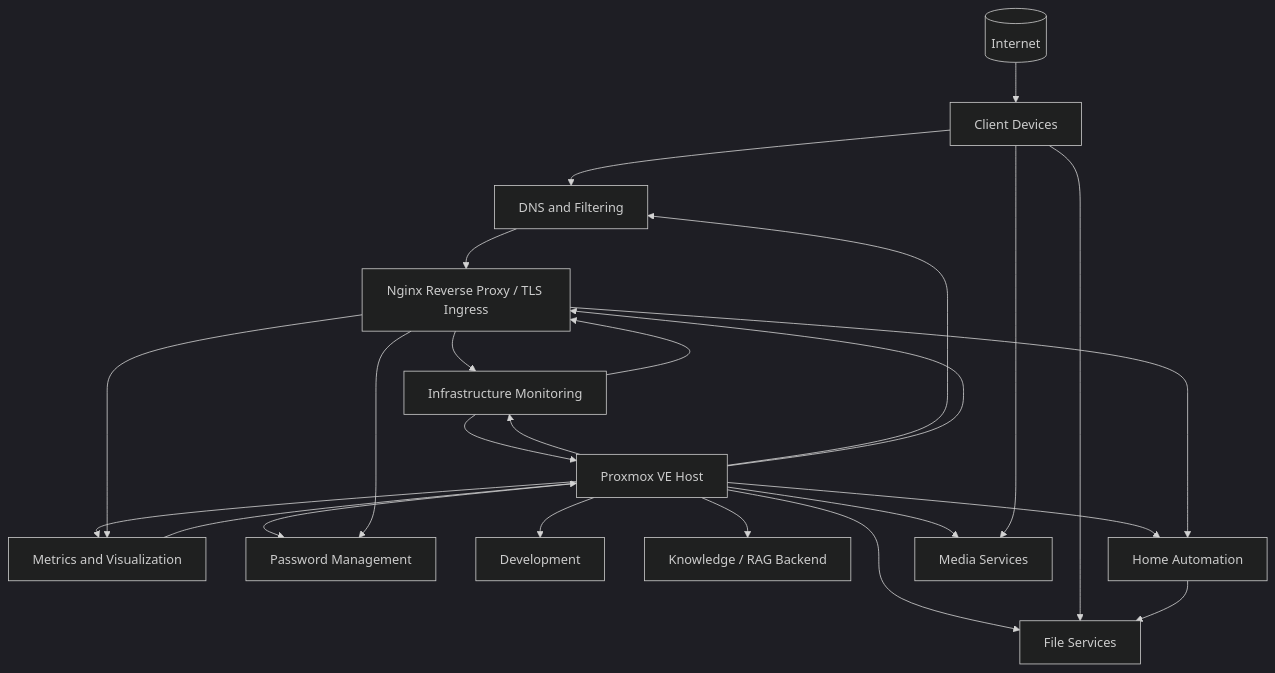
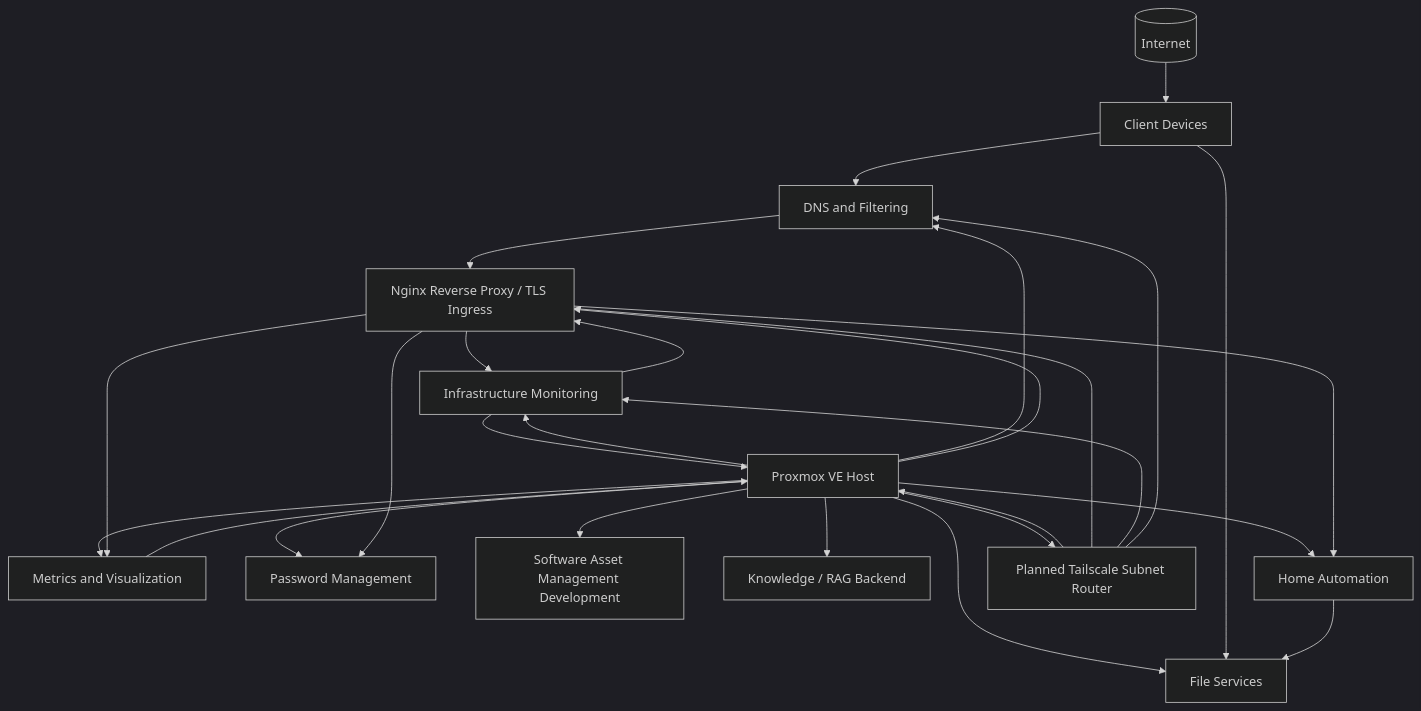
The diagram in README.md (myles-portfolio/homelab-infrastructure), drawn with Mermaid (dark theme) before and after one commit. The commit also changed other lines of this file, not shown here.

Commit message:
Refresh homelab overview and roadmap

````diff
--- a/README.md
+++ b/README.md
@@ -49,44 +49,48 @@
 ```mermaid
 flowchart TB
     Internet[(Internet)]
     Clients[Client Devices]
     Proxmox[Proxmox VE Host]
 
     FileServices[File Services]
     Metrics[Metrics and Visualization]
     Checkmk[Infrastructure Monitoring]
     Passwords[Password Management]
     DNS[DNS and Filtering]
     Proxy[Nginx Reverse Proxy / TLS Ingress]
-    Development[Development]
+    Development[Software Asset Management Development]
     Knowledge[Knowledge / RAG Backend]
     HomeAutomation[Home Automation]
-    Media[Media Services]
+    RemoteAccess[Planned Tailscale Subnet Router]
 
     Internet --> Clients
 
     Proxmox --> FileServices
     Proxmox --> Metrics
     Proxmox --> Checkmk
     Proxmox --> Passwords
     Proxmox --> DNS
     Proxmox --> Proxy
     Proxmox --> Development
     Proxmox --> Knowledge
     Proxmox --> HomeAutomation
-    Proxmox --> Media
+    Proxmox --> RemoteAccess
 
     Clients --> DNS
     DNS --> Proxy
     Proxy --> Checkmk
     Proxy --> Passwords
     Proxy --> Metrics
     Proxy --> HomeAutomation
     Clients --> FileServices
-    Clients --> Media
+
+    RemoteAccess --> Proxmox
+    RemoteAccess --> Proxy
+    RemoteAccess --> Checkmk
+    RemoteAccess --> DNS
 
     HomeAutomation --> FileServices
     Checkmk --> Proxmox
     Checkmk --> Proxy
     Metrics --> Proxmox
 ```
````
